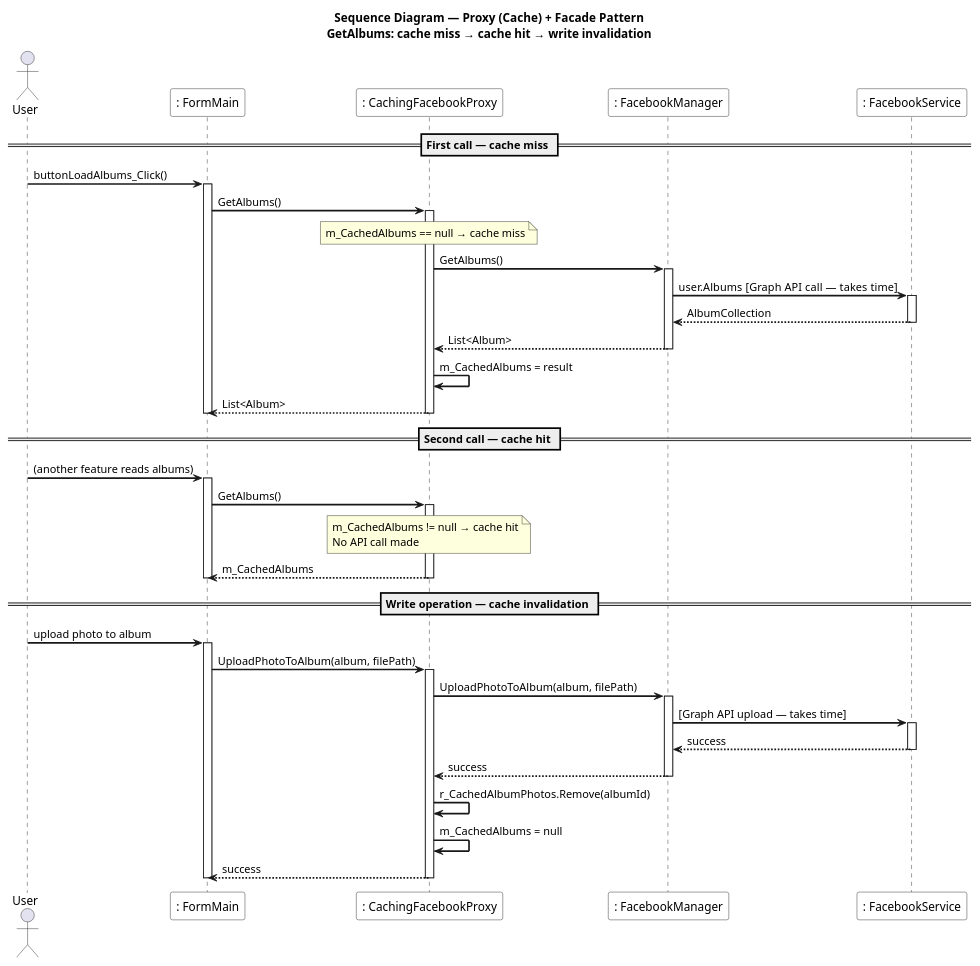
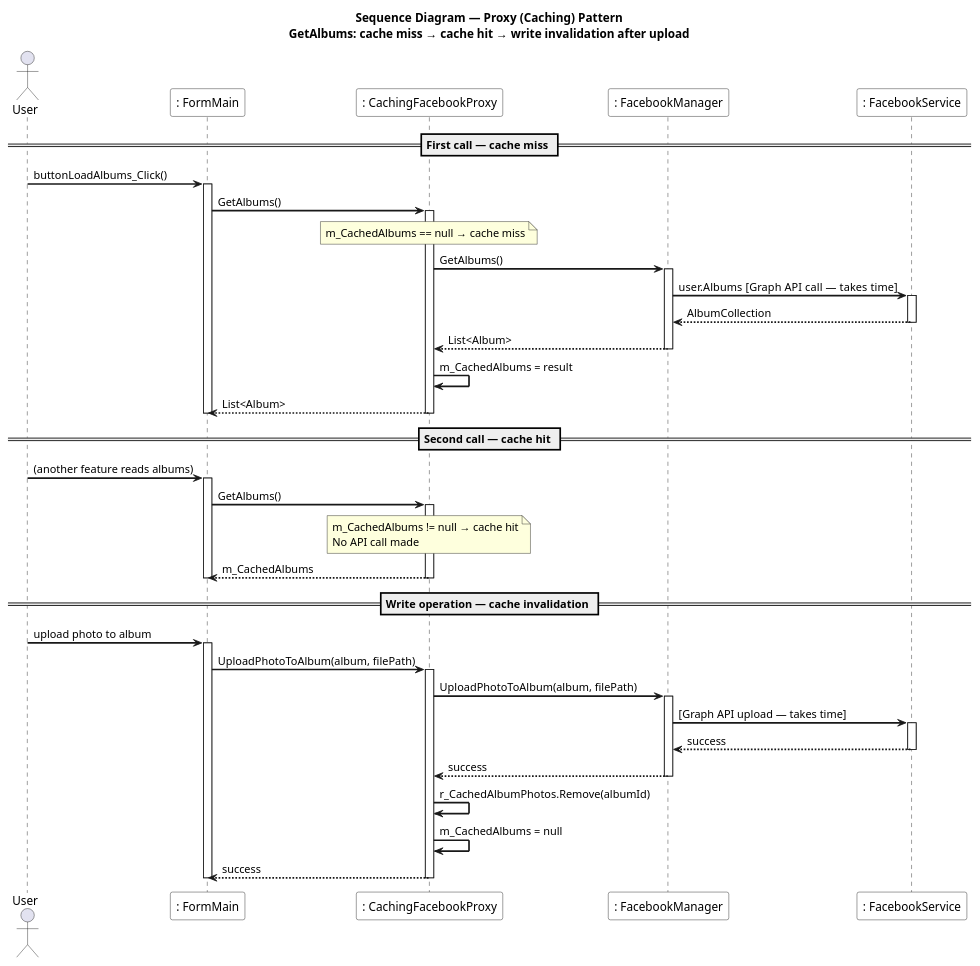
One commit to LotemKimchi/Application-Programming-Using-Design-Patterns changed the diagram in Project2/B26 Ex02 LotemKimchi 318173481 ShaniSalomon 208573683/uml/seq_proxy_facade.puml. Above: the diagram before and after it, drawn with PlantUML. The commit also changed 2 other files, not shown here.

Commit message:
Update sequence diagram titles to reflect each diagram's purpose
- seq_proxy_facade: remove 'Facade' from title (now has dedicated seq_facade.puml)
- seq_count_albums: clarify it demonstrates Proxy cache miss/hit behavior
- seq_most_commented_photo: remove outdated 'New Use Case' label from Ex01

```diff
--- a/Project2/B26 Ex02 LotemKimchi 318173481 ShaniSalomon 208573683/uml/seq_proxy_facade.puml
+++ b/Project2/B26 Ex02 LotemKimchi 318173481 ShaniSalomon 208573683/uml/seq_proxy_facade.puml
@@ -1,68 +1,68 @@
 @startuml SequenceDiagram_ProxyFacade
-title Sequence Diagram — Proxy (Cache) + Facade Pattern\nGetAlbums: cache miss → cache hit → write invalidation
+title Sequence Diagram — Proxy (Caching) Pattern\nGetAlbums: cache miss → cache hit → write invalidation after upload
 
 skinparam sequenceArrowThickness 2
 skinparam sequenceParticipantBackgroundColor White
 
 actor "User" as User
 
 participant ": FormMain"             as FM
 participant ": CachingFacebookProxy" as Proxy
 participant ": FacebookManager"      as Facade
 participant ": FacebookService"      as SDK
 
 == First call — cache miss ==
 
 User  ->  FM    : buttonLoadAlbums_Click()
 activate FM
 FM    ->  Proxy : GetAlbums()
 activate Proxy
 
 note over Proxy : m_CachedAlbums == null → cache miss
 
 Proxy ->  Facade : GetAlbums()
 activate Facade
 Facade ->  SDK   : user.Albums  [Graph API call — takes time]
 activate SDK
 SDK   --> Facade : AlbumCollection
 deactivate SDK
 Facade --> Proxy  : List<Album>
 deactivate Facade
 Proxy ->  Proxy  : m_CachedAlbums = result
 Proxy --> FM     : List<Album>
 deactivate Proxy
 deactivate FM
 
 == Second call — cache hit ==
 
 User  ->  FM    : (another feature reads albums)
 activate FM
 FM    ->  Proxy : GetAlbums()
 activate Proxy
 
 note over Proxy : m_CachedAlbums != null → cache hit\nNo API call made
 
 Proxy --> FM : m_CachedAlbums
 deactivate Proxy
 deactivate FM
 
 == Write operation — cache invalidation ==
 
 User  ->  FM    : upload photo to album
 activate FM
 FM    ->  Proxy : UploadPhotoToAlbum(album, filePath)
 activate Proxy
 Proxy ->  Facade : UploadPhotoToAlbum(album, filePath)
 activate Facade
 Facade ->  SDK   : [Graph API upload — takes time]
 activate SDK
 SDK   --> Facade : success
 deactivate SDK
 Facade --> Proxy  : success
 deactivate Facade
 Proxy ->  Proxy  : r_CachedAlbumPhotos.Remove(albumId)
 Proxy ->  Proxy  : m_CachedAlbums = null
 Proxy --> FM     : success
 deactivate Proxy
 deactivate FM
 @enduml
```
